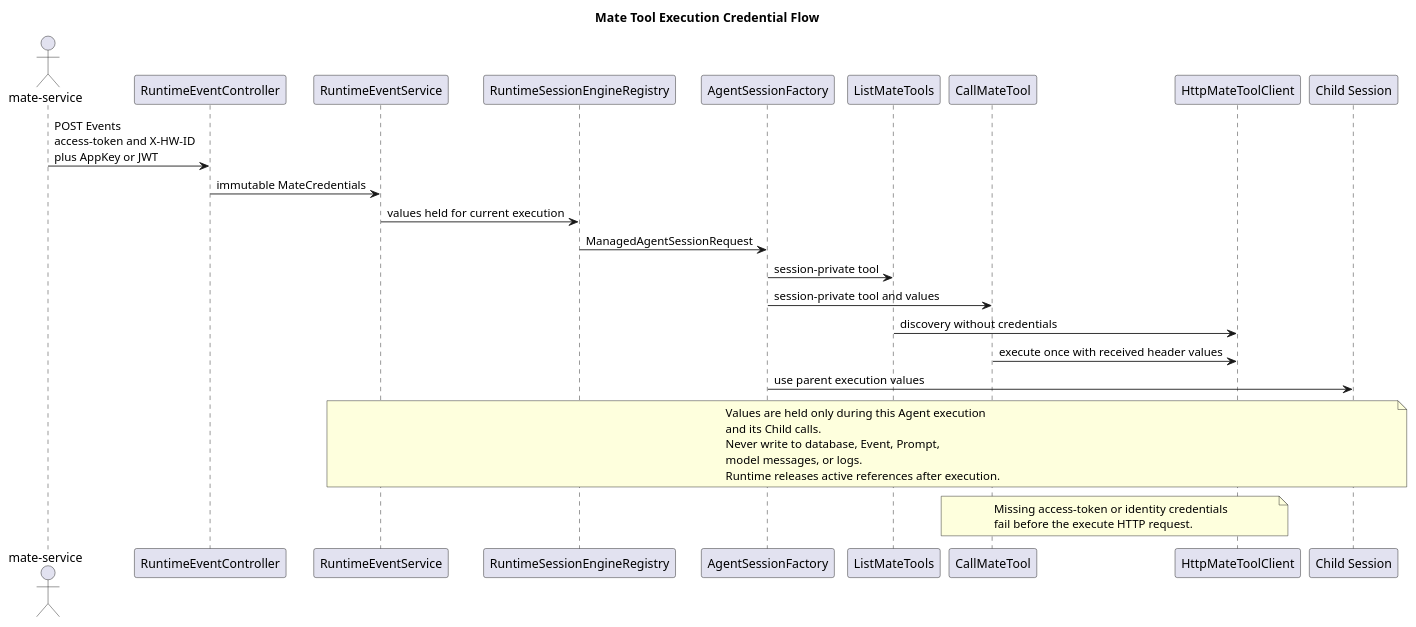
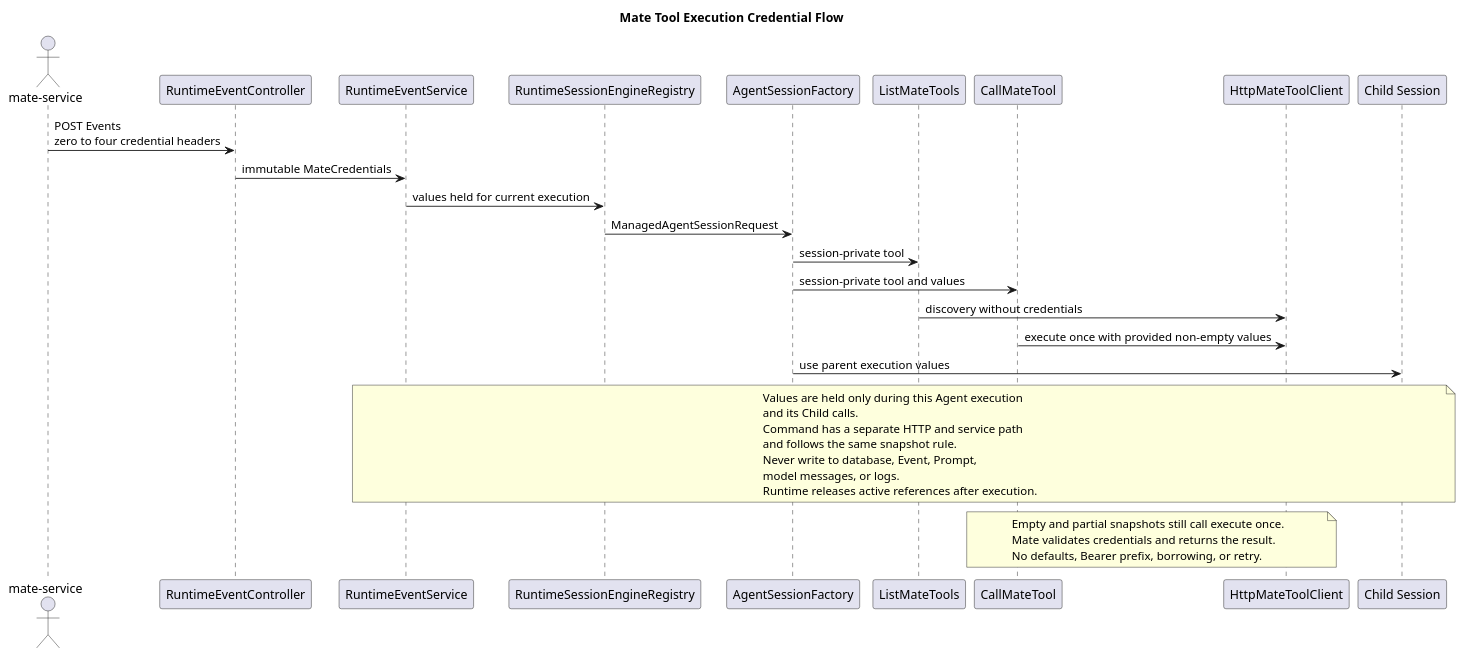
The second of 4 diagrams in docs/designs/tool-system-v2/diagram.puml (2862282695gjh-afk/pi-mono-java), drawn with PlantUML before and after one commit. The commit also changed 34 other files, not shown here.

```diff
--- a/docs/designs/tool-system-v2/diagram.puml
+++ b/docs/designs/tool-system-v2/diagram.puml
@@ -40,43 +40,48 @@
 @startuml mate_credential_flow
 ' Pre-change implementation baseline: CampusClaw 320d790726a70aada6100052952d5494d2a378ac.
+' Credential-completeness pre-change baseline: CampusClaw 6a331d3477df23f8404582c3922b55c265530605.
 ' Source evidence: modules/coding-agent-cli/src/main/java/com/campusclaw/codingagent/runtimeapi/web/RuntimeEventController.java, submit
 ' Source evidence: modules/coding-agent-cli/src/main/java/com/campusclaw/codingagent/runtimeapi/web/RuntimeRequestContext.java, mateCredentials
 ' Source evidence: modules/coding-agent-cli/src/main/java/com/campusclaw/codingagent/tool/mate/MateToolDiscovery.java, listAgentTools
 ' Source evidence: modules/coding-agent-cli/src/main/java/com/campusclaw/codingagent/common/client/HttpMateToolClient.java, invokeTool
 ' Observed behavior: the pre-change client forwarded three execution credential headers to discovery and execute.
-' Security hardening: discovery receives no credentials; only execute receives the four header values.
+' Architecture change: Claw does not validate credential completeness; Mate validates the real execute request.
+' Security hardening: discovery receives no credentials; only execute receives provided non-empty header values.
 ' Java divergence: pi has no corresponding Mate credential flow.
 skinparam shadowing false
 title Mate Tool Execution Credential Flow
 
 actor "mate-service" as Caller
 participant "RuntimeEventController" as Controller
 participant "RuntimeEventService" as Service
 participant "RuntimeSessionEngineRegistry" as Registry
 participant "AgentSessionFactory" as Factory
 participant "ListMateTools" as List
 participant "CallMateTool" as Call
 participant "HttpMateToolClient" as Client
 participant "Child Session" as Child
 
-Caller -> Controller : POST Events\naccess-token and X-HW-ID\nplus AppKey or JWT
+Caller -> Controller : POST Events\nzero to four credential headers
 Controller -> Service : immutable MateCredentials
 Service -> Registry : values held for current execution
 Registry -> Factory : ManagedAgentSessionRequest
 Factory -> List : session-private tool
 Factory -> Call : session-private tool and values
 List -> Client : discovery without credentials
-Call -> Client : execute once with received header values
+Call -> Client : execute once with provided non-empty values
 Factory -> Child : use parent execution values
 note over Service,Child
   Values are held only during this Agent execution
   and its Child calls.
+  Command has a separate HTTP and service path
+  and follows the same snapshot rule.
   Never write to database, Event, Prompt,
   model messages, or logs.
   Runtime releases active references after execution.
 end note
 note over Call,Client
-  Missing access-token or identity credentials
-  fail before the execute HTTP request.
+  Empty and partial snapshots still call execute once.
+  Mate validates credentials and returns the result.
+  No defaults, Bearer prefix, borrowing, or retry.
 end note
 @enduml
```
